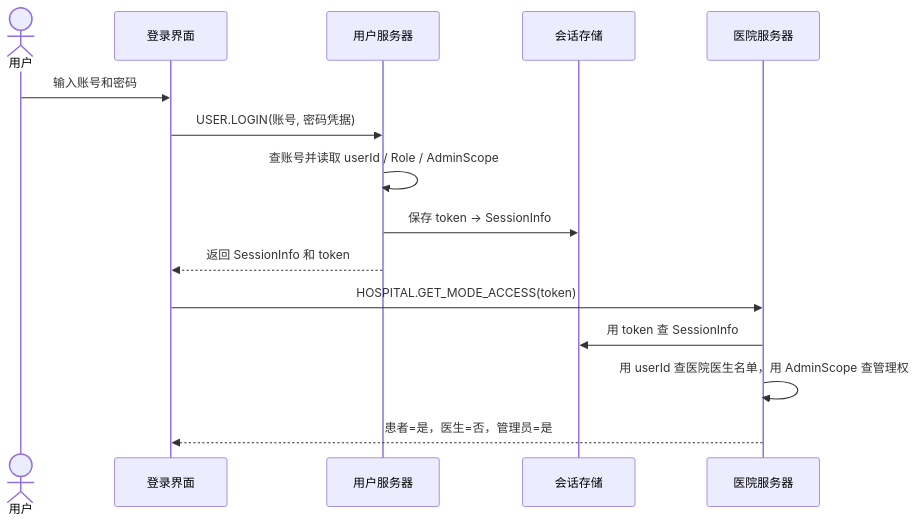
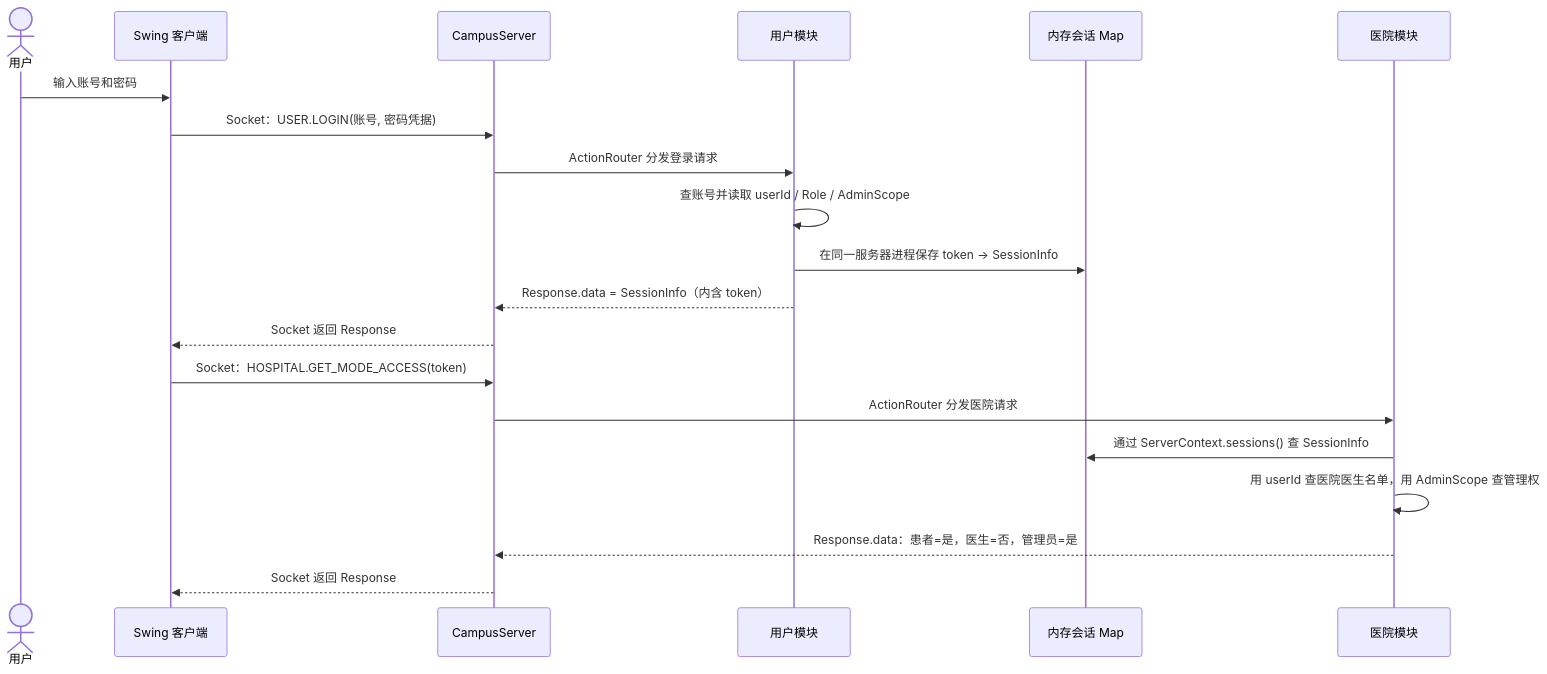
Before and after one commit to qlaxyy/JAVA-Campus-software: the first of 4 diagrams in docs/design/SYSTEM_DESIGN.md, drawn with Mermaid. The commit also changed other lines of this file and 7 other files, not shown here.

````diff
--- a/docs/design/SYSTEM_DESIGN.md
+++ b/docs/design/SYSTEM_DESIGN.md
@@ -356,18 +359,23 @@
 ```mermaid
 sequenceDiagram
     actor User as 用户
-    participant Login as 登录界面
-    participant Auth as 用户服务器
-    participant Session as 会话存储
-    participant Hospital as 医院服务器
+    participant Client as Swing 客户端
+    participant Server as CampusServer
+    participant Auth as 用户模块
+    participant Sessions as 内存会话 Map
+    participant Hospital as 医院模块
 
-    User->>Login: 输入账号和密码
-    Login->>Auth: USER.LOGIN(账号, 密码凭据)
+    User->>Client: 输入账号和密码
+    Client->>Server: Socket：USER.LOGIN(账号, 密码凭据)
+    Server->>Auth: ActionRouter 分发登录请求
     Auth->>Auth: 查账号并读取 userId / Role / AdminScope
-    Auth->>Session: 保存 token → SessionInfo
-    Auth-->>Login: 返回 SessionInfo 和 token
-    Login->>Hospital: HOSPITAL.GET_MODE_ACCESS(token)
-    Hospital->>Session: 用 token 查 SessionInfo
+    Auth->>Sessions: 在同一服务器进程保存 token → SessionInfo
+    Auth-->>Server: Response.data = SessionInfo（内含 token）
+    Server-->>Client: Socket 返回 Response
+    Client->>Server: Socket：HOSPITAL.GET_MODE_ACCESS(token)
+    Server->>Hospital: ActionRouter 分发医院请求
+    Hospital->>Sessions: 通过 ServerContext.sessions() 查 SessionInfo
     Hospital->>Hospital: 用 userId 查医院医生名单，用 AdminScope 查管理权
-    Hospital-->>Login: 患者=是，医生=否，管理员=是
+    Hospital-->>Server: Response.data：患者=是，医生=否，管理员=是
+    Server-->>Client: Socket 返回 Response
 ```
````
